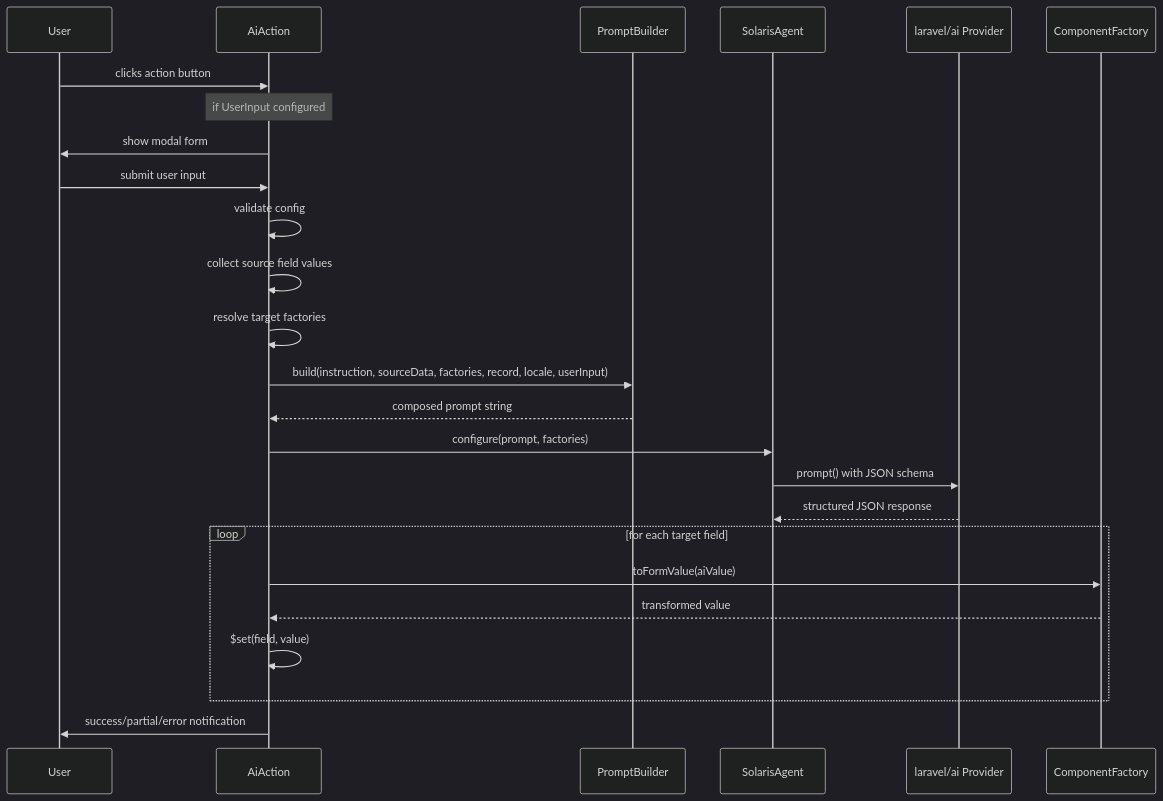
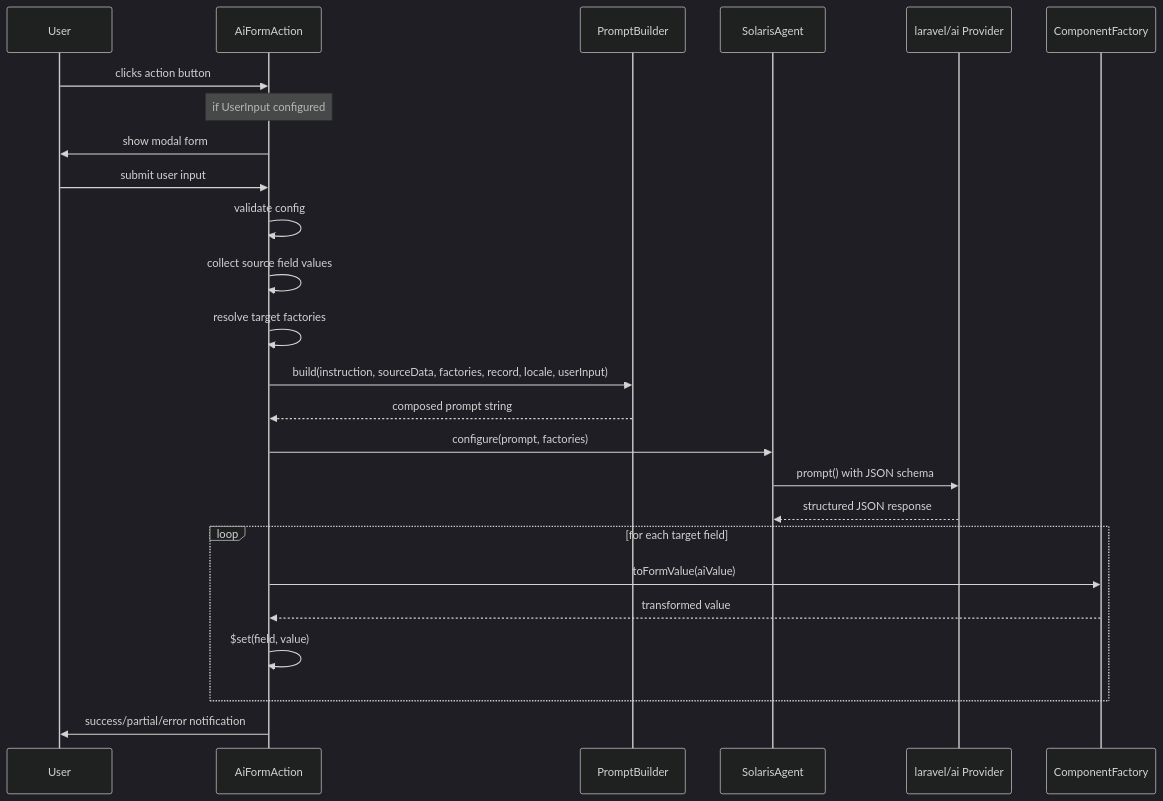
The first of 3 diagrams in documentation/architecture.md (statikbe/laravel-filament-solaris), drawn with Mermaid (dark theme) before and after one commit. The commit also changed other lines of this file and 47 other files, not shown here.

First line of the commit message:
refactor!: rename AiAction to AiFormAction

````diff
--- a/documentation/architecture.md
+++ b/documentation/architecture.md
@@ -7,33 +7,33 @@
 ```mermaid
 sequenceDiagram
     participant User
-    participant AiAction
+    participant AiFormAction
     participant PromptBuilder
     participant SolarisAgent
     participant AI as laravel/ai Provider
     participant Factory as ComponentFactory
 
-    User->>AiAction: clicks action button
-    Note over AiAction: if UserInput configured
-    AiAction->>User: show modal form
-    User->>AiAction: submit user input
+    User->>AiFormAction: clicks action button
+    Note over AiFormAction: if UserInput configured
+    AiFormAction->>User: show modal form
+    User->>AiFormAction: submit user input
 
-    AiAction->>AiAction: validate config
-    AiAction->>AiAction: collect source field values
-    AiAction->>AiAction: resolve target factories
+    AiFormAction->>AiFormAction: validate config
+    AiFormAction->>AiFormAction: collect source field values
+    AiFormAction->>AiFormAction: resolve target factories
 
-    AiAction->>PromptBuilder: build(instruction, sourceData, factories, record, locale, userInput)
-    PromptBuilder-->>AiAction: composed prompt string
+    AiFormAction->>PromptBuilder: build(instruction, sourceData, factories, record, locale, userInput)
+    PromptBuilder-->>AiFormAction: composed prompt string
 
-    AiAction->>SolarisAgent: configure(prompt, factories)
+    AiFormAction->>SolarisAgent: configure(prompt, factories)
     SolarisAgent->>AI: prompt() with JSON schema
     AI-->>SolarisAgent: structured JSON response
 
     loop for each target field
-        AiAction->>Factory: toFormValue(aiValue)
-        Factory-->>AiAction: transformed value
-        AiAction->>AiAction: $set(field, value)
+        AiFormAction->>Factory: toFormValue(aiValue)
+        Factory-->>AiFormAction: transformed value
+        AiFormAction->>AiFormAction: $set(field, value)
     end
 
-    AiAction->>User: success/partial/error notification
+    AiFormAction->>User: success/partial/error notification
 ```
````
